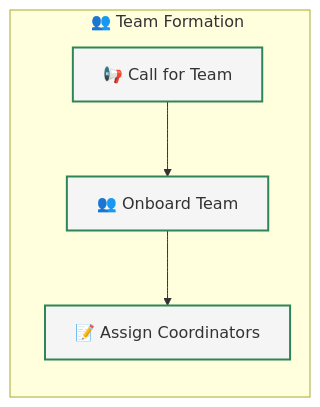
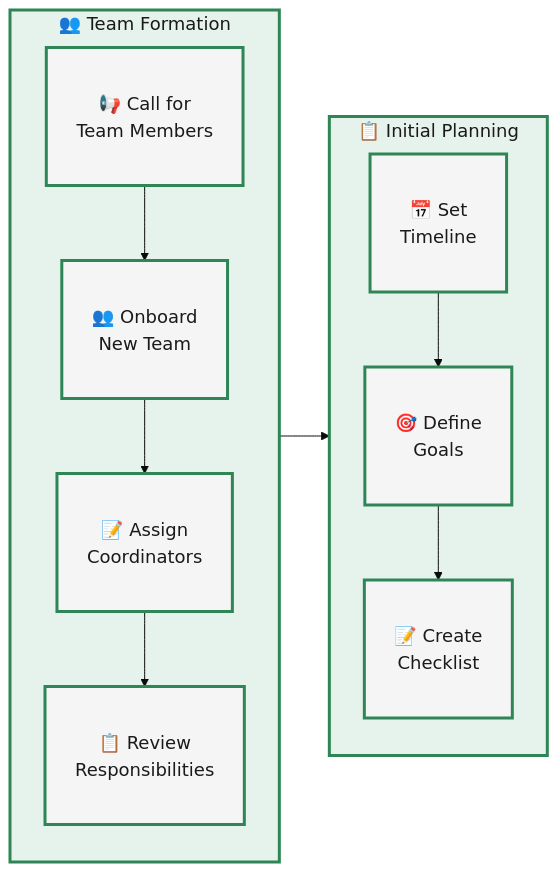
One commit to CBID2/VC-Community-Docs changed the first of 5 diagrams in docs/lightning-talks/processes/project-workflow.md. Above: the diagram before and after it, drawn with Mermaid. The commit also changed other lines of this file and 2 other files, not shown here.

First line of the commit message:
docs: add enhanced Mermaid diagrams to documentation

````diff
--- a/docs/lightning-talks/processes/project-workflow.md
+++ b/docs/lightning-talks/processes/project-workflow.md
@@ -42,16 +42,29 @@
 ```mermaid
+%%{init: {'theme':'base', 'themeVariables': {'fontSize':'18px', 'fontFamily':'arial'}}}%%
 flowchart LR
   %% Left Column - Team Formation
-  subgraph A[👥 Team Formation]
-    A1[📢 Call for Team] --> A2[👥 Onboard Team]
-    A2 --> A3[📝 Assign Coordinators]
+  subgraph A["👥 Team Formation"]
+    direction TB
+    A1["📢 Call for<br/>Team Members"]
+    A2["👥 Onboard<br/>New Team"]
+    A3["📝 Assign<br/>Coordinators"]
+    A4["📋 Review<br/>Responsibilities"]
+    A1 --> A2 --> A3 --> A4
   end
-
+  
+  %% Right Column - Initial Planning
+  subgraph B["📋 Initial Planning"]
+    direction TB
+    B1["📅 Set<br/>Timeline"]
+    B2["🎯 Define<br/>Goals"]
+    B3["📝 Create<br/>Checklist"]
+    B1 --> B2 --> B3
+  end
+  
+  A4 --> B1
+  
   %% Styling
-  classDef default fill:#f5f5f5,stroke:#2e8555,stroke-width:2px,color:#333;
-  classDef process fill:#e6f3ed,stroke:#2e8555,stroke-width:2px,color:#333;
-  class A process;
-
-  %% Adjust width to match other sections
-  style A width: 300px
+  classDef default fill:#f5f5f5,stroke:#2e8555,stroke-width:3px,color:#1a1a1a,padding:15px;
+  classDef process fill:#e6f3ed,stroke:#2e8555,stroke-width:3px,color:#1a1a1a;
+  class A,B process;
 ```
````
